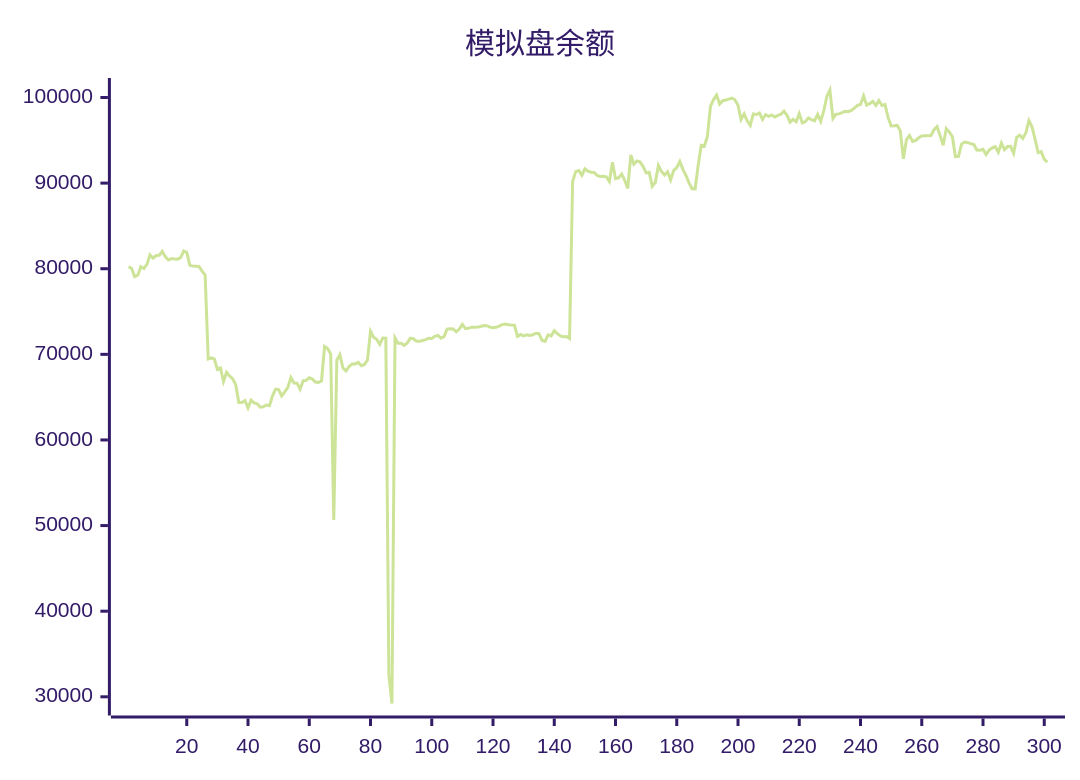
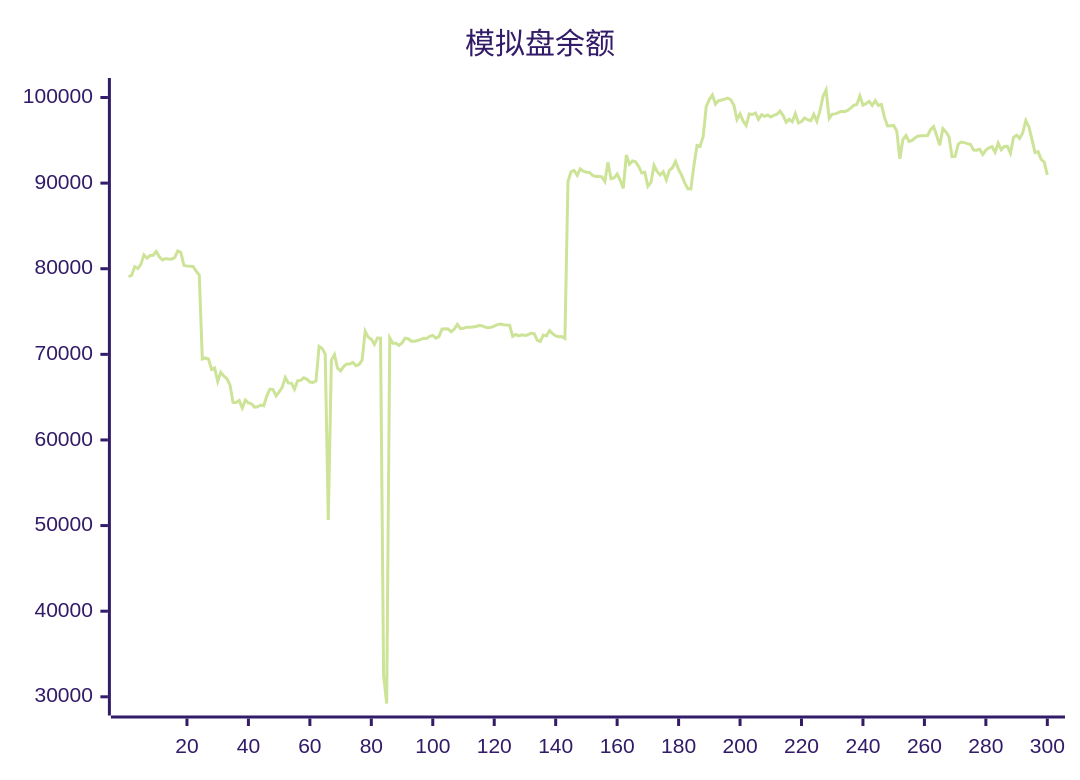
One commit to aahl/ai-trading changed the diagram in README.md. Above: the diagram before and after it, drawn with Mermaid (forest theme). The commit also changed other lines of this file and 1 other file, not shown here.

````diff
--- a/README.md
+++ b/README.md
@@ -5,5 +5,5 @@
 ```mermaid
 xychart
     title "模拟盘余额"
-    line [80242,80034,79063,79245,80226,80016,80507,81625,81233,81544,81578,82016,81401,81019,81186,81130,81118,81306,82066,81909,80392,80304,80291,80258,79729,79261,69466,69579,69456,68251,68415,66832,67911,67462,67144,66432,64380,64375,64606,63740,64647,64324,64216,63842,63877,64078,64008,65156,65945,65888,65157,65625,66144,67284,66653,66639,65924,66925,66956,67263,67108,66766,66729,66886,70927,70673,70049,50652,69334,69973,68400,68061,68578,68876,68879,69055,68662,68822,69329,72687,71999,71760,71162,71911,71896,32500,29218,71927,71297,71305,71044,71337,71883,71822,71536,71536,71622,71723,71880,71860,72100,72216,71887,72077,72940,72976,72966,72638,72948,73497,73004,73041,73173,73160,73186,73258,73375,73351,73173,73098,73161,73305,73474,73536,73457,73413,73412,72100,72333,72164,72272,72204,72285,72461,72421,71652,71521,72267,72157,72774,72424,72144,72060,72091,71858,90185,91338,91466,90900,91678,91404,91268,91244,90903,90779,90787,90721,90187,92429,90518,90619,91070,90328,89376,93286,92202,92581,92485,91947,91196,91259,89619,90086,92063,91355,90950,91327,90373,91498,91800,92531,91603,90910,90031,89351,89334,92097,94406,94315,95455,98972,99763,100286,99229,99622,99701,99805,99938,99738,99082,97430,98094,97267,96741,98081,98013,98194,97447,97983,97789,97969,97729,97911,98043,98405,97912,97120,97448,97154,98095,97021,97190,97616,97402,97263,98035,97210,98424,100120,100876,97552,98049,98085,98228,98388,98342,98488,98750,99086,99181,100188,99107,99272,99553,99072,99636,99061,99186,97674,96679,96704,96743,96096,92830,95088,95560,94866,94995,95295,95497,95531,95527,95559,96236,96597,95538,94422,96363,95972,95418,93094,93128,94558,94795,94727,94611,94508,93857,93852,93954,93340,93862,94112,94249,93603,94682,93898,94267,94288,93490,95337,95601,95226,95879,97301,96573,95113,93569,93681,92773,92453]
+    line [79063,79245,80227,80016,80507,81625,81233,81544,81578,82016,81401,81019,81186,81130,81118,81306,82066,81909,80392,80304,80291,80258,79729,79261,69466,69579,69456,68251,68415,66832,67911,67462,67144,66432,64380,64375,64606,63741,64647,64324,64216,63842,63877,64079,64008,65156,65945,65888,65157,65625,66144,67284,66653,66639,65924,66925,66956,67263,67108,66766,66729,66886,70927,70673,70049,50652,69334,69973,68400,68061,68578,68877,68879,69055,68662,68822,69329,72687,71999,71760,71163,71911,71896,32500,29218,71927,71297,71305,71044,71337,71883,71822,71536,71536,71622,71723,71880,71860,72100,72216,71887,72077,72940,72976,72966,72638,72948,73497,73004,73041,73173,73160,73187,73258,73375,73351,73173,73098,73161,73305,73474,73536,73457,73413,73412,72100,72333,72164,72272,72204,72285,72461,72421,71652,71521,72267,72157,72774,72425,72144,72060,72091,71858,90185,91338,91466,90900,91678,91404,91268,91244,90903,90779,90787,90721,90187,92429,90518,90619,91070,90328,89376,93286,92202,92581,92485,91947,91196,91259,89619,90086,92063,91355,90950,91327,90373,91498,91800,92531,91603,90910,90031,89351,89334,92097,94406,94315,95455,98972,99763,100286,99229,99622,99701,99805,99938,99738,99082,97430,98094,97267,96741,98081,98013,98194,97447,97983,97789,97969,97729,97911,98043,98405,97912,97120,97448,97154,98095,97021,97191,97616,97402,97263,98035,97210,98424,100121,100876,97552,98049,98085,98228,98388,98342,98488,98750,99086,99181,100188,99107,99272,99553,99072,99636,99061,99186,97674,96679,96704,96743,96096,92830,95088,95560,94866,94995,95295,95497,95531,95527,95559,96236,96597,95538,94422,96363,95972,95418,93095,93128,94558,94795,94727,94611,94508,93857,93852,93955,93340,93862,94112,94249,93603,94682,93898,94267,94288,93490,95337,95601,95226,95879,97301,96573,95113,93569,93681,92773,92453,90953]
 ```
````
